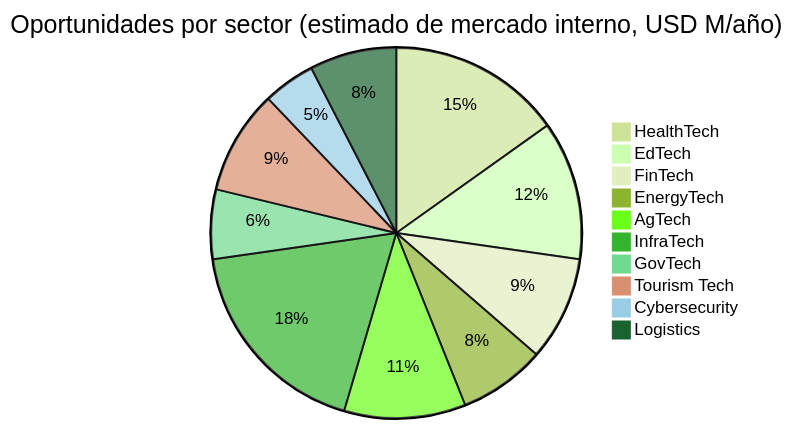
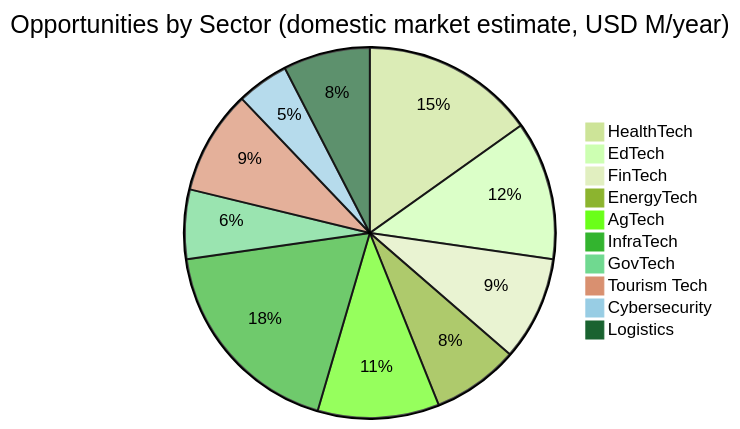
One commit to Venezuela-S-A/venezuela-sa changed the first of 2 diagrams in i18n/en/docusaurus-plugin-content-docs/current/05-transformacion/oportunidades-negocio.md. Above: the diagram before and after it, drawn with Mermaid (forest theme). The commit also changed other lines of this file and 127 other files, not shown here.

````diff
--- a/i18n/en/docusaurus-plugin-content-docs/current/05-transformacion/oportunidades-negocio.md
+++ b/i18n/en/docusaurus-plugin-content-docs/current/05-transformacion/oportunidades-negocio.md
@@ -203,13 +203,13 @@
 ```mermaid
-pie title Oportunidades por sector (estimado de mercado interno, USD M/año)
+pie title Opportunities by Sector (domestic market estimate, USD M/year)
     "HealthTech" : 500
     "EdTech" : 400
     "FinTech" : 300
     "EnergyTech" : 250
     "AgTech" : 350
     "InfraTech" : 600
     "GovTech" : 200
     "Tourism Tech" : 300
     "Cybersecurity" : 150
     "Logistics" : 250
 ```
````
